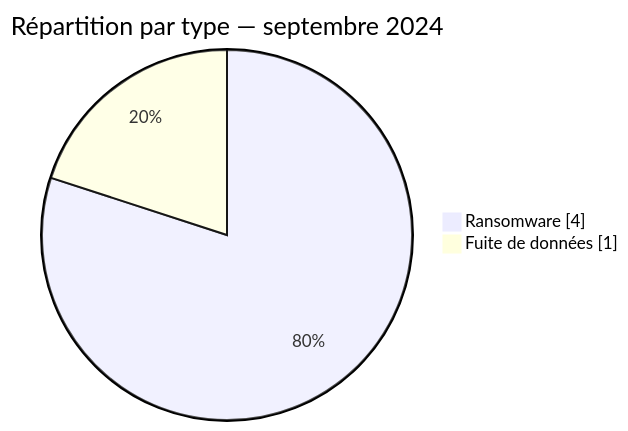
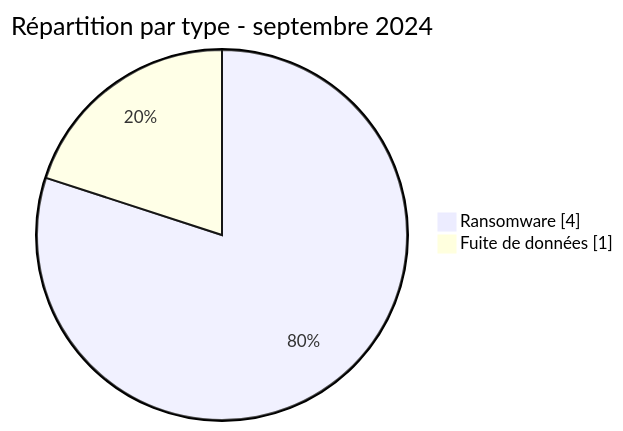
The second of 2 diagrams in CyberAttackAfrica/2024/09-september/README_FR.md (Hatchepsoute/AFRINTEL), drawn with Mermaid before and after one commit. The commit also changed other lines of this file and 182 other files, not shown here.

````diff
--- a/CyberAttackAfrica/2024/09-september/README_FR.md
+++ b/CyberAttackAfrica/2024/09-september/README_FR.md
@@ -52,6 +52,6 @@
 ```mermaid
 pie showData
-    title Répartition par type — septembre 2024
+    title Répartition par type - septembre 2024
     "Ransomware" : 4
     "Fuite de données" : 1
 ```
````
